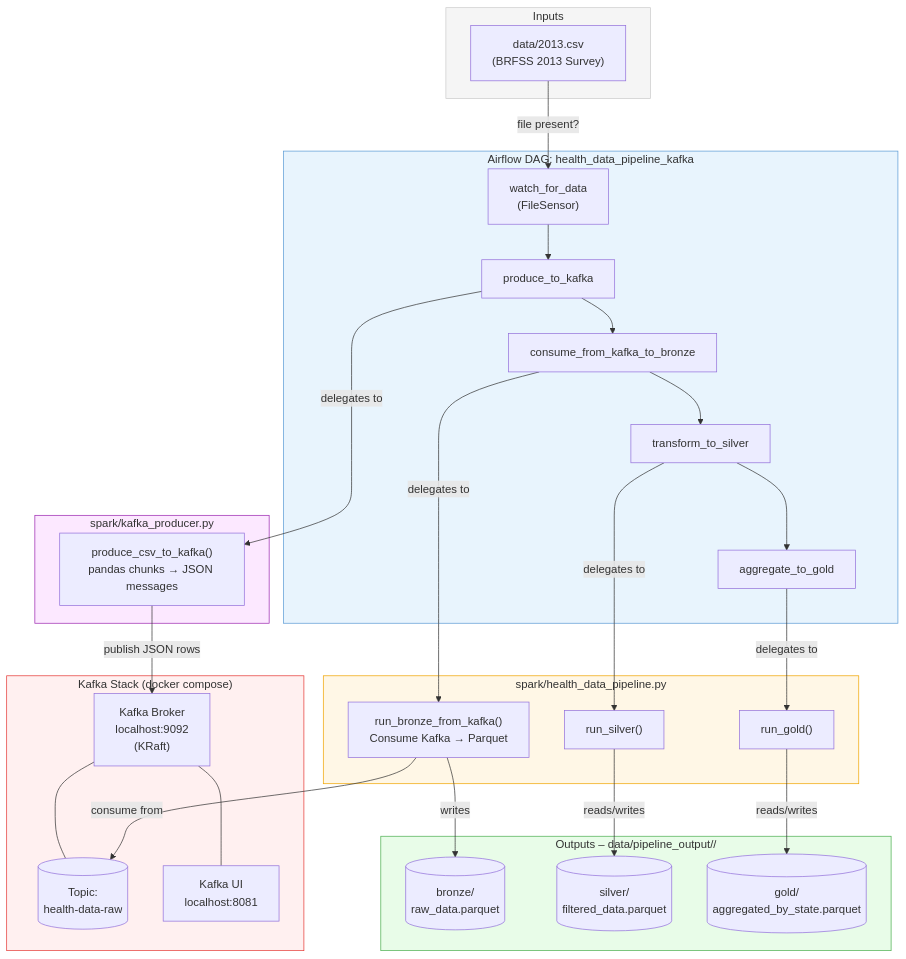
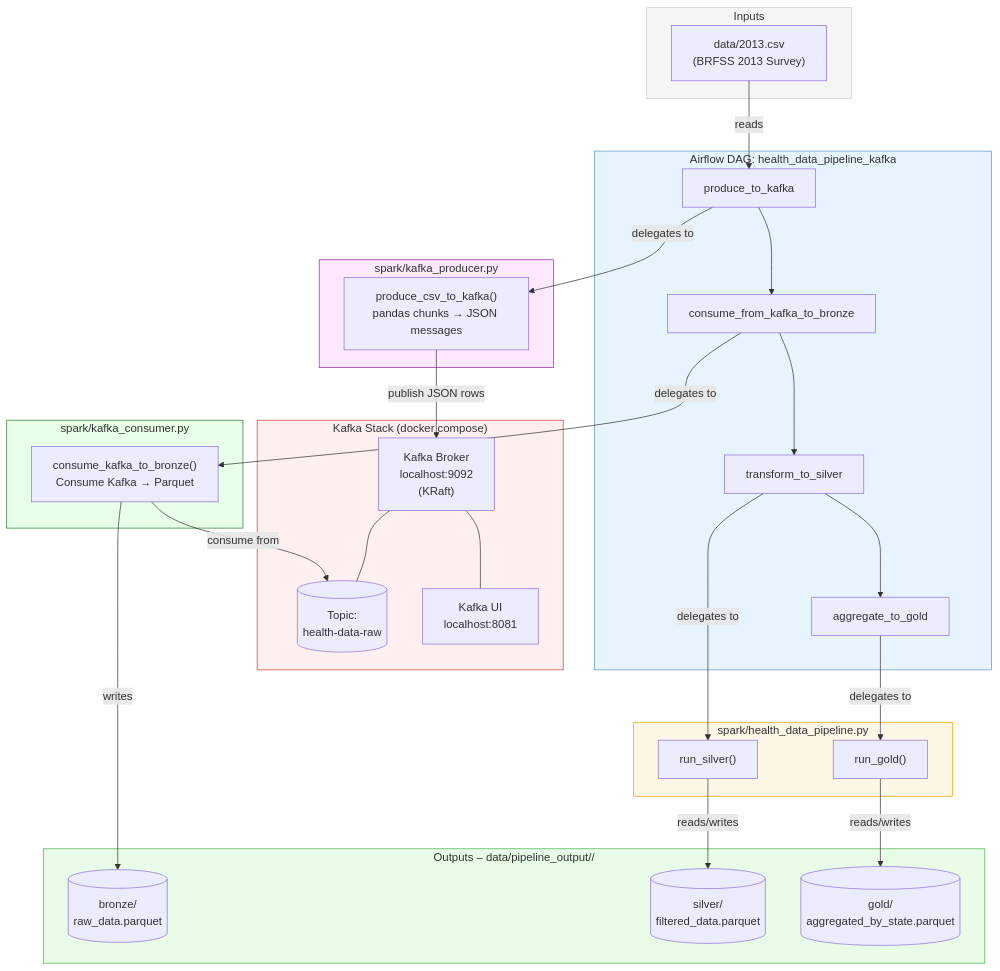
Before and after one commit to justynadanielas/cdc-data-analysis: the second of 2 diagrams in README.md, drawn with Mermaid. The commit also changed other lines of this file, not shown here.

Commit message:
update readme to match current architecture

````diff
--- a/README.md
+++ b/README.md
@@ -92,57 +92,60 @@
 ```mermaid
 flowchart TD
     subgraph inputs["Inputs"]
         CSV["data/2013.csv<br/>(BRFSS 2013 Survey)"]
     end
 
     subgraph kafka_stack["Kafka Stack (docker compose)"]
         BROKER["Kafka Broker<br/>localhost:9092<br/>(KRaft)"]
         TOPIC[("Topic:<br/>health-data-raw")]
         UI["Kafka UI<br/>localhost:8081"]
         BROKER --- TOPIC
         BROKER --- UI
     end
 
     subgraph orchestration["Airflow DAG: health_data_pipeline_kafka"]
-        FS["watch_for_data<br/>(FileSensor)"]
         P["produce_to_kafka"]
         C["consume_from_kafka_to_bronze"]
         T2["transform_to_silver"]
         T3["aggregate_to_gold"]
-        FS --> P --> C --> T2 --> T3
+        P --> C --> T2 --> T3
     end
 
     subgraph producer_module["spark/kafka_producer.py"]
         PROD["produce_csv_to_kafka()<br/>pandas chunks → JSON messages"]
     end
 
+    subgraph consumer_module["spark/kafka_consumer.py"]
+        S1K["consume_kafka_to_bronze()<br/>Consume Kafka → Parquet"]
+    end
+
     subgraph spark_module["spark/health_data_pipeline.py"]
-        S1K["run_bronze_from_kafka()<br/>Consume Kafka → Parquet"]
         S2["run_silver()"]
         S3["run_gold()"]
     end
 
     subgraph storage["Outputs – data/pipeline_output/<run_id>/"]
         B[("bronze/<br/>raw_data.parquet")]
         SL[("silver/<br/>filtered_data.parquet")]
         G[("gold/<br/>aggregated_by_state.parquet")]
     end
 
-    CSV -- "file present?" --> FS
+    CSV -- "reads" --> P
     P -- "delegates to" --> PROD
     PROD -- "publish JSON rows" --> BROKER
     C -- "delegates to" --> S1K
     S1K -- "consume from" --> TOPIC
     T2 -- "delegates to" --> S2
     T3 -- "delegates to" --> S3
     S1K -- "writes" --> B
     S2 -- "reads/writes" --> SL
     S3 -- "reads/writes" --> G
 
     style inputs fill:#f5f5f5,stroke:#ccc
     style kafka_stack fill:#fff0f0,stroke:#e53935
     style orchestration fill:#e8f4fd,stroke:#5b9bd5
     style producer_module fill:#fce8ff,stroke:#9c27b0
+    style consumer_module fill:#e8ffe8,stroke:#2e7d32
     style spark_module fill:#fff7e6,stroke:#f0a500
     style storage fill:#e8fce8,stroke:#4caf50
 ```
````
